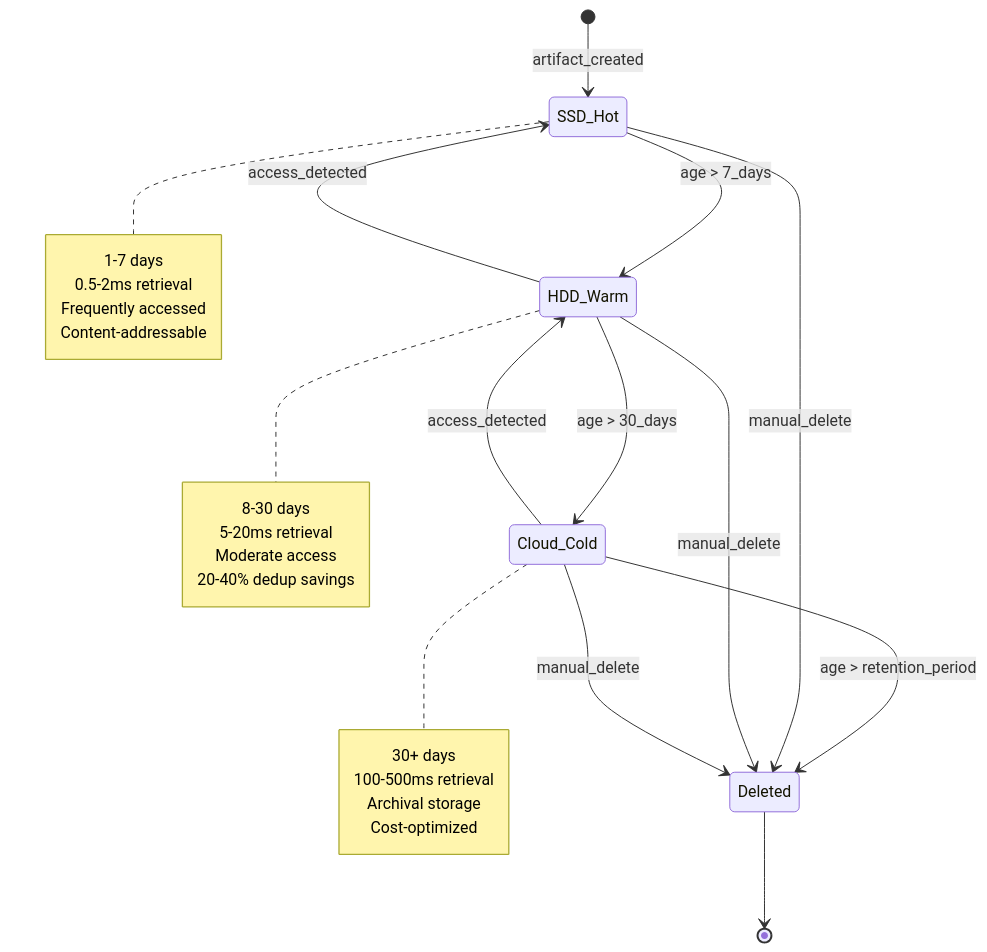
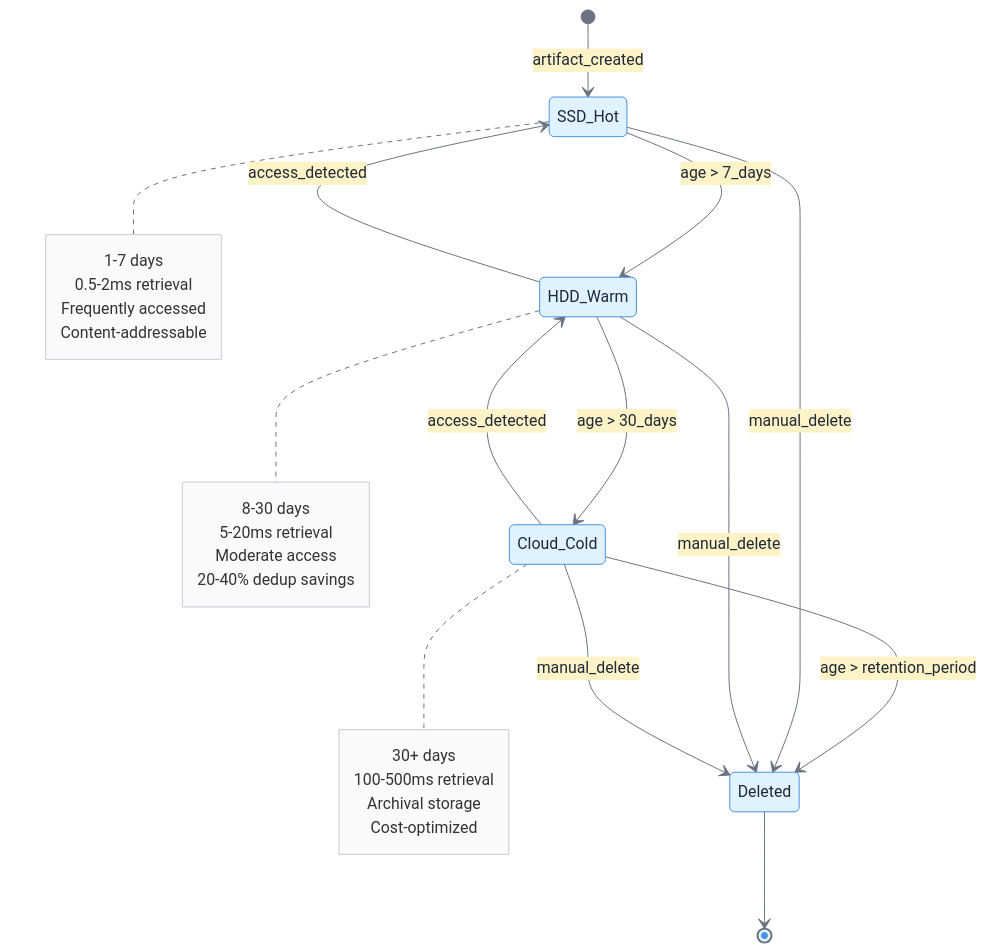
One commit to Symphony-aide/Symphony changed the fifth of 10 diagrams in STATE_DIAGRAM.md. Above: the diagram before and after it, drawn with Mermaid. The commit also changed other lines of this file and 2 other files, not shown here.

````diff
--- a/STATE_DIAGRAM.md
+++ b/STATE_DIAGRAM.md
@@ -278,38 +282,39 @@
 ```mermaid
+%%{init: {'theme':'base', 'themeVariables': { 'primaryColor':'#e0f2fe', 'primaryTextColor':'#1f2937', 'primaryBorderColor':'#4a90e2', 'lineColor':'#6b7280', 'secondaryColor':'#fef3c7', 'tertiaryColor':'#f0f9ff', 'noteBkgColor':'#f9fafb', 'noteBorderColor':'#d1d5db'}}}%%
 stateDiagram-v2
-    [*] --> SSD_Hot: artifact_created
-    
-    SSD_Hot --> HDD_Warm: age > 7_days
-    HDD_Warm --> Cloud_Cold: age > 30_days
-    Cloud_Cold --> Deleted: age > retention_period
-    
-    HDD_Warm --> SSD_Hot: access_detected
-    Cloud_Cold --> HDD_Warm: access_detected
-    
-    SSD_Hot --> Deleted: manual_delete
-    HDD_Warm --> Deleted: manual_delete
-    Cloud_Cold --> Deleted: manual_delete
-    
+    [*] --> SSD_Hot : artifact_created
+
+    SSD_Hot --> HDD_Warm : age > 7_days
+    HDD_Warm --> Cloud_Cold : age > 30_days
+    Cloud_Cold --> Deleted : age > retention_period
+
+    HDD_Warm --> SSD_Hot : access_detected
+    Cloud_Cold --> HDD_Warm : access_detected
+
+    SSD_Hot --> Deleted : manual_delete
+    HDD_Warm --> Deleted : manual_delete
+    Cloud_Cold --> Deleted : manual_delete
+
     Deleted --> [*]
     
     note right of SSD_Hot
         1-7 days
         0.5-2ms retrieval
         Frequently accessed
         Content-addressable
     end note
     
     note right of HDD_Warm
         8-30 days
         5-20ms retrieval
         Moderate access
         20-40% dedup savings
     end note
     
     note right of Cloud_Cold
         30+ days
         100-500ms retrieval
         Archival storage
         Cost-optimized
     end note
 ```
````
